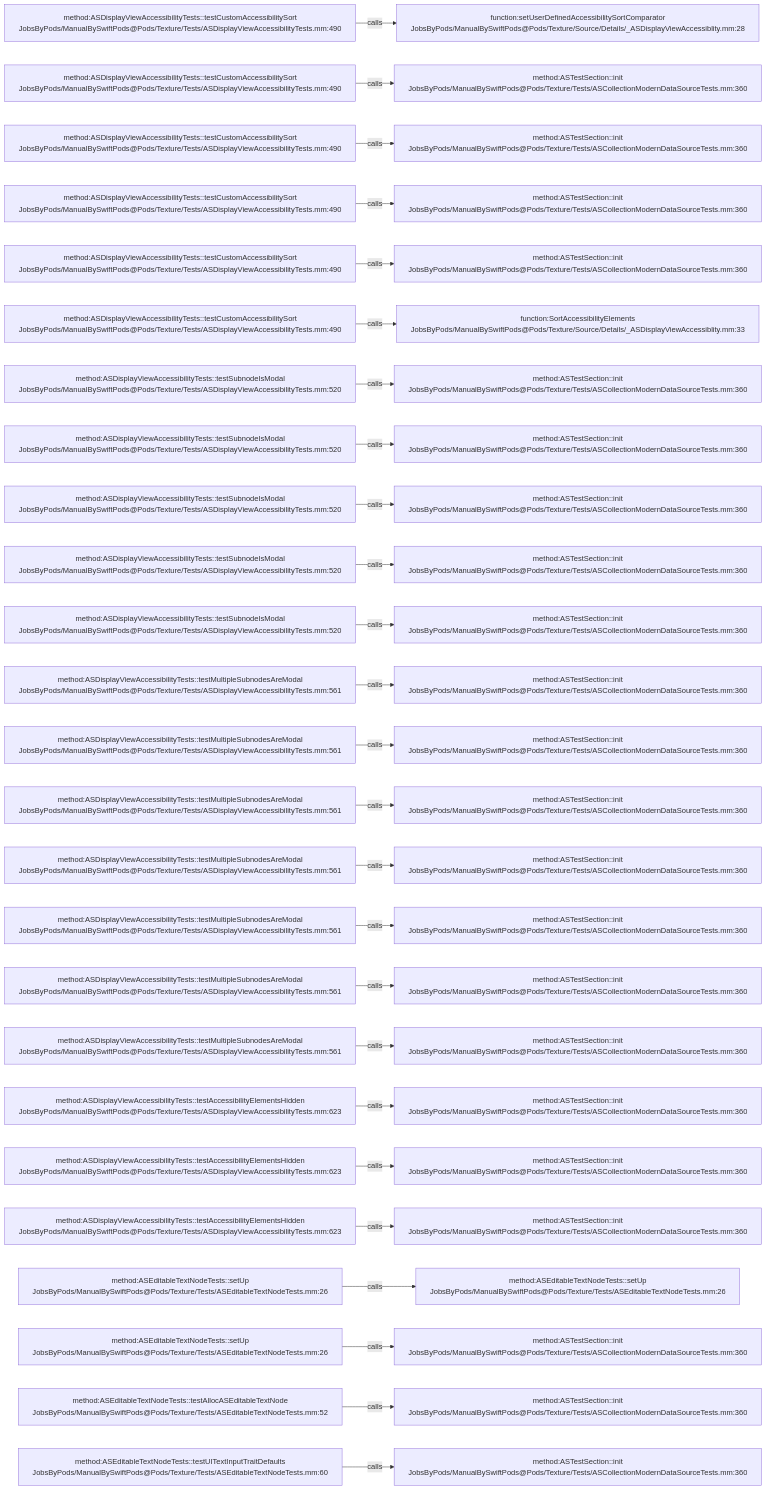
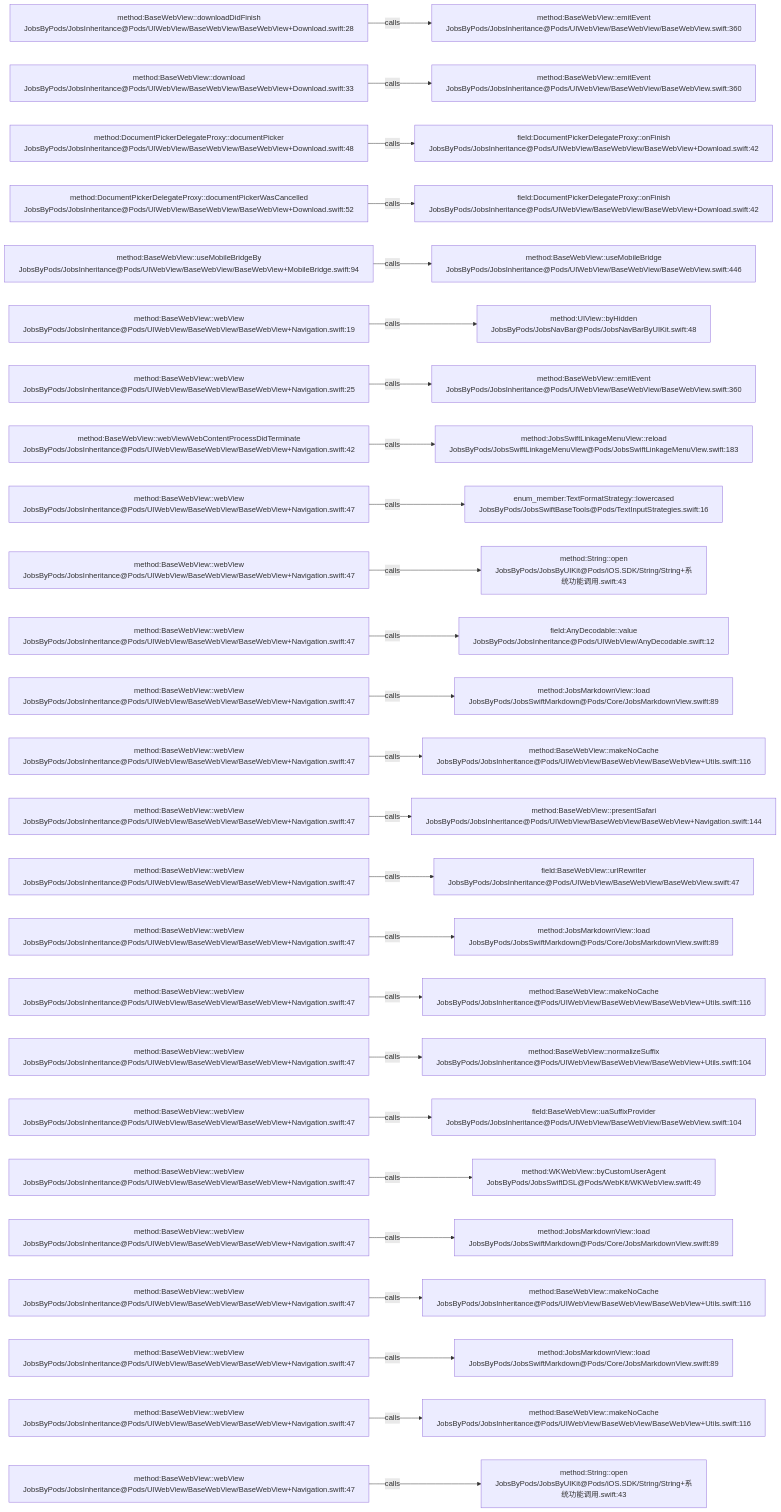
The diagram in .codegraph/codegraph.md/graphs/calls-200.md (JobsKits/JobsSwiftBaseConfigDemo), drawn with Mermaid before and after one commit. The commit also changed 224 other files, not shown here.

````diff
--- a/.codegraph/codegraph.md/graphs/calls-200.md
+++ b/.codegraph/codegraph.md/graphs/calls-200.md
@@ -13,78 +13,78 @@
 ```mermaid
 flowchart LR
-  S1["method:ASDisplayViewAccessibilityTests::testCustomAccessibilitySort<br/>JobsByPods/ManualBySwiftPods@Pods/Texture/Tests/ASDisplayViewAccessibilityTests.mm:490"]
-  T1["function:setUserDefinedAccessibilitySortComparator<br/>JobsByPods/ManualBySwiftPods@Pods/Texture/Source/Details/_ASDisplayViewAccessiblity.mm:28"]
+  S1["method:BaseWebView::downloadDidFinish<br/>JobsByPods/JobsInheritance@Pods/UIWebView/BaseWebView/BaseWebView+Download.swift:28"]
+  T1["method:BaseWebView::emitEvent<br/>JobsByPods/JobsInheritance@Pods/UIWebView/BaseWebView/BaseWebView.swift:360"]
   S1 -->|calls| T1
-  S2["method:ASDisplayViewAccessibilityTests::testCustomAccessibilitySort<br/>JobsByPods/ManualBySwiftPods@Pods/Texture/Tests/ASDisplayViewAccessibilityTests.mm:490"]
-  T2["method:ASTestSection::init<br/>JobsByPods/ManualBySwiftPods@Pods/Texture/Tests/ASCollectionModernDataSourceTests.mm:360"]
+  S2["method:BaseWebView::download<br/>JobsByPods/JobsInheritance@Pods/UIWebView/BaseWebView/BaseWebView+Download.swift:33"]
+  T2["method:BaseWebView::emitEvent<br/>JobsByPods/JobsInheritance@Pods/UIWebView/BaseWebView/BaseWebView.swift:360"]
   S2 -->|calls| T2
-  S3["method:ASDisplayViewAccessibilityTests::testCustomAccessibilitySort<br/>JobsByPods/ManualBySwiftPods@Pods/Texture/Tests/ASDisplayViewAccessibilityTests.mm:490"]
-  T3["method:ASTestSection::init<br/>JobsByPods/ManualBySwiftPods@Pods/Texture/Tests/ASCollectionModernDataSourceTests.mm:360"]
+  S3["method:DocumentPickerDelegateProxy::documentPicker<br/>JobsByPods/JobsInheritance@Pods/UIWebView/BaseWebView/BaseWebView+Download.swift:48"]
+  T3["field:DocumentPickerDelegateProxy::onFinish<br/>JobsByPods/JobsInheritance@Pods/UIWebView/BaseWebView/BaseWebView+Download.swift:42"]
   S3 -->|calls| T3
-  S4["method:ASDisplayViewAccessibilityTests::testCustomAccessibilitySort<br/>JobsByPods/ManualBySwiftPods@Pods/Texture/Tests/ASDisplayViewAccessibilityTests.mm:490"]
-  T4["method:ASTestSection::init<br/>JobsByPods/ManualBySwiftPods@Pods/Texture/Tests/ASCollectionModernDataSourceTests.mm:360"]
+  S4["method:DocumentPickerDelegateProxy::documentPickerWasCancelled<br/>JobsByPods/JobsInheritance@Pods/UIWebView/BaseWebView/BaseWebView+Download.swift:52"]
+  T4["field:DocumentPickerDelegateProxy::onFinish<br/>JobsByPods/JobsInheritance@Pods/UIWebView/BaseWebView/BaseWebView+Download.swift:42"]
   S4 -->|calls| T4
-  S5["method:ASDisplayViewAccessibilityTests::testCustomAccessibilitySort<br/>JobsByPods/ManualBySwiftPods@Pods/Texture/Tests/ASDisplayViewAccessibilityTests.mm:490"]
-  T5["method:ASTestSection::init<br/>JobsByPods/ManualBySwiftPods@Pods/Texture/Tests/ASCollectionModernDataSourceTests.mm:360"]
+  S5["method:BaseWebView::useMobileBridgeBy<br/>JobsByPods/JobsInheritance@Pods/UIWebView/BaseWebView/BaseWebView+MobileBridge.swift:94"]
+  T5["method:BaseWebView::useMobileBridge<br/>JobsByPods/JobsInheritance@Pods/UIWebView/BaseWebView/BaseWebView.swift:446"]
   S5 -->|calls| T5
-  S6["method:ASDisplayViewAccessibilityTests::testCustomAccessibilitySort<br/>JobsByPods/ManualBySwiftPods@Pods/Texture/Tests/ASDisplayViewAccessibilityTests.mm:490"]
-  T6["function:SortAccessibilityElements<br/>JobsByPods/ManualBySwiftPods@Pods/Texture/Source/Details/_ASDisplayViewAccessiblity.mm:33"]
+  S6["method:BaseWebView::webView<br/>JobsByPods/JobsInheritance@Pods/UIWebView/BaseWebView/BaseWebView+Navigation.swift:19"]
+  T6["method:UIView::byHidden<br/>JobsByPods/JobsNavBar@Pods/JobsNavBarByUIKit.swift:48"]
   S6 -->|calls| T6
-  S7["method:ASDisplayViewAccessibilityTests::testSubnodeIsModal<br/>JobsByPods/ManualBySwiftPods@Pods/Texture/Tests/ASDisplayViewAccessibilityTests.mm:520"]
-  T7["method:ASTestSection::init<br/>JobsByPods/ManualBySwiftPods@Pods/Texture/Tests/ASCollectionModernDataSourceTests.mm:360"]
+  S7["method:BaseWebView::webView<br/>JobsByPods/JobsInheritance@Pods/UIWebView/BaseWebView/BaseWebView+Navigation.swift:25"]
+  T7["method:BaseWebView::emitEvent<br/>JobsByPods/JobsInheritance@Pods/UIWebView/BaseWebView/BaseWebView.swift:360"]
   S7 -->|calls| T7
-  S8["method:ASDisplayViewAccessibilityTests::testSubnodeIsModal<br/>JobsByPods/ManualBySwiftPods@Pods/Texture/Tests/ASDisplayViewAccessibilityTests.mm:520"]
-  T8["method:ASTestSection::init<br/>JobsByPods/ManualBySwiftPods@Pods/Texture/Tests/ASCollectionModernDataSourceTests.mm:360"]
+  S8["method:BaseWebView::webViewWebContentProcessDidTerminate<br/>JobsByPods/JobsInheritance@Pods/UIWebView/BaseWebView/BaseWebView+Navigation.swift:42"]
+  T8["method:JobsSwiftLinkageMenuView::reload<br/>JobsByPods/JobsSwiftLinkageMenuView@Pods/JobsSwiftLinkageMenuView.swift:183"]
   S8 -->|calls| T8
-  S9["method:ASDisplayViewAccessibilityTests::testSubnodeIsModal<br/>JobsByPods/ManualBySwiftPods@Pods/Texture/Tests/ASDisplayViewAccessibilityTests.mm:520"]
-  T9["method:ASTestSection::init<br/>JobsByPods/ManualBySwiftPods@Pods/Texture/Tests/ASCollectionModernDataSourceTests.mm:360"]
+  S9["method:BaseWebView::webView<br/>JobsByPods/JobsInheritance@Pods/UIWebView/BaseWebView/BaseWebView+Navigation.swift:47"]
+  T9["enum_member:TextFormatStrategy::lowercased<br/>JobsByPods/JobsSwiftBaseTools@Pods/TextInputStrategies.swift:16"]
   S9 -->|calls| T9
-  S10["method:ASDisplayViewAccessibilityTests::testSubnodeIsModal<br/>JobsByPods/ManualBySwiftPods@Pods/Texture/Tests/ASDisplayViewAccessibilityTests.mm:520"]
-  T10["method:ASTestSection::init<br/>JobsByPods/ManualBySwiftPods@Pods/Texture/Tests/ASCollectionModernDataSourceTests.mm:360"]
+  S10["method:BaseWebView::webView<br/>JobsByPods/JobsInheritance@Pods/UIWebView/BaseWebView/BaseWebView+Navigation.swift:47"]
+  T10["method:String::open<br/>JobsByPods/JobsByUIKit@Pods/iOS.SDK/String/String+系统功能调用.swift:43"]
   S10 -->|calls| T10
-  S11["method:ASDisplayViewAccessibilityTests::testSubnodeIsModal<br/>JobsByPods/ManualBySwiftPods@Pods/Texture/Tests/ASDisplayViewAccessibilityTests.mm:520"]
-  T11["method:ASTestSection::init<br/>JobsByPods/ManualBySwiftPods@Pods/Texture/Tests/ASCollectionModernDataSourceTests.mm:360"]
+  S11["method:BaseWebView::webView<br/>JobsByPods/JobsInheritance@Pods/UIWebView/BaseWebView/BaseWebView+Navigation.swift:47"]
+  T11["field:AnyDecodable::value<br/>JobsByPods/JobsInheritance@Pods/UIWebView/AnyDecodable.swift:12"]
   S11 -->|calls| T11
-  S12["method:ASDisplayViewAccessibilityTests::testMultipleSubnodesAreModal<br/>JobsByPods/ManualBySwiftPods@Pods/Texture/Tests/ASDisplayViewAccessibilityTests.mm:561"]
-  T12["method:ASTestSection::init<br/>JobsByPods/ManualBySwiftPods@Pods/Texture/Tests/ASCollectionModernDataSourceTests.mm:360"]
+  S12["method:BaseWebView::webView<br/>JobsByPods/JobsInheritance@Pods/UIWebView/BaseWebView/BaseWebView+Navigation.swift:47"]
+  T12["method:JobsMarkdownView::load<br/>JobsByPods/JobsSwiftMarkdown@Pods/Core/JobsMarkdownView.swift:89"]
   S12 -->|calls| T12
-  S13["method:ASDisplayViewAccessibilityTests::testMultipleSubnodesAreModal<br/>JobsByPods/ManualBySwiftPods@Pods/Texture/Tests/ASDisplayViewAccessibilityTests.mm:561"]
-  T13["method:ASTestSection::init<br/>JobsByPods/ManualBySwiftPods@Pods/Texture/Tests/ASCollectionModernDataSourceTests.mm:360"]
+  S13["method:BaseWebView::webView<br/>JobsByPods/JobsInheritance@Pods/UIWebView/BaseWebView/BaseWebView+Navigation.swift:47"]
+  T13["method:BaseWebView::makeNoCache<br/>JobsByPods/JobsInheritance@Pods/UIWebView/BaseWebView/BaseWebView+Utils.swift:116"]
   S13 -->|calls| T13
-  S14["method:ASDisplayViewAccessibilityTests::testMultipleSubnodesAreModal<br/>JobsByPods/ManualBySwiftPods@Pods/Texture/Tests/ASDisplayViewAccessibilityTests.mm:561"]
-  T14["method:ASTestSection::init<br/>JobsByPods/ManualBySwiftPods@Pods/Texture/Tests/ASCollectionModernDataSourceTests.mm:360"]
+  S14["method:BaseWebView::webView<br/>JobsByPods/JobsInheritance@Pods/UIWebView/BaseWebView/BaseWebView+Navigation.swift:47"]
+  T14["method:BaseWebView::presentSafari<br/>JobsByPods/JobsInheritance@Pods/UIWebView/BaseWebView/BaseWebView+Navigation.swift:144"]
   S14 -->|calls| T14
-  S15["method:ASDisplayViewAccessibilityTests::testMultipleSubnodesAreModal<br/>JobsByPods/ManualBySwiftPods@Pods/Texture/Tests/ASDisplayViewAccessibilityTests.mm:561"]
-  T15["method:ASTestSection::init<br/>JobsByPods/ManualBySwiftPods@Pods/Texture/Tests/ASCollectionModernDataSourceTests.mm:360"]
+  S15["method:BaseWebView::webView<br/>JobsByPods/JobsInheritance@Pods/UIWebView/BaseWebView/BaseWebView+Navigation.swift:47"]
+  T15["field:BaseWebView::urlRewriter<br/>JobsByPods/JobsInheritance@Pods/UIWebView/BaseWebView/BaseWebView.swift:47"]
   S15 -->|calls| T15
-  S16["method:ASDisplayViewAccessibilityTests::testMultipleSubnodesAreModal<br/>JobsByPods/ManualBySwiftPods@Pods/Texture/Tests/ASDisplayViewAccessibilityTests.mm:561"]
-  T16["method:ASTestSection::init<br/>JobsByPods/ManualBySwiftPods@Pods/Texture/Tests/ASCollectionModernDataSourceTests.mm:360"]
+  S16["method:BaseWebView::webView<br/>JobsByPods/JobsInheritance@Pods/UIWebView/BaseWebView/BaseWebView+Navigation.swift:47"]
+  T16["method:JobsMarkdownView::load<br/>JobsByPods/JobsSwiftMarkdown@Pods/Core/JobsMarkdownView.swift:89"]
   S16 -->|calls| T16
-  S17["method:ASDisplayViewAccessibilityTests::testMultipleSubnodesAreModal<br/>JobsByPods/ManualBySwiftPods@Pods/Texture/Tests/ASDisplayViewAccessibilityTests.mm:561"]
-  T17["method:ASTestSection::init<br/>JobsByPods/ManualBySwiftPods@Pods/Texture/Tests/ASCollectionModernDataSourceTests.mm:360"]
+  S17["method:BaseWebView::webView<br/>JobsByPods/JobsInheritance@Pods/UIWebView/BaseWebView/BaseWebView+Navigation.swift:47"]
+  T17["method:BaseWebView::makeNoCache<br/>JobsByPods/JobsInheritance@Pods/UIWebView/BaseWebView/BaseWebView+Utils.swift:116"]
   S17 -->|calls| T17
-  S18["method:ASDisplayViewAccessibilityTests::testMultipleSubnodesAreModal<br/>JobsByPods/ManualBySwiftPods@Pods/Texture/Tests/ASDisplayViewAccessibilityTests.mm:561"]
-  T18["method:ASTestSection::init<br/>JobsByPods/ManualBySwiftPods@Pods/Texture/Tests/ASCollectionModernDataSourceTests.mm:360"]
+  S18["method:BaseWebView::webView<br/>JobsByPods/JobsInheritance@Pods/UIWebView/BaseWebView/BaseWebView+Navigation.swift:47"]
+  T18["method:BaseWebView::normalizeSuffix<br/>JobsByPods/JobsInheritance@Pods/UIWebView/BaseWebView/BaseWebView+Utils.swift:104"]
   S18 -->|calls| T18
-  S19["method:ASDisplayViewAccessibilityTests::testAccessibilityElementsHidden<br/>JobsByPods/ManualBySwiftPods@Pods/Texture/Tests/ASDisplayViewAccessibilityTests.mm:623"]
-  T19["method:ASTestSection::init<br/>JobsByPods/ManualBySwiftPods@Pods/Texture/Tests/ASCollectionModernDataSourceTests.mm:360"]
+  S19["method:BaseWebView::webView<br/>JobsByPods/JobsInheritance@Pods/UIWebView/BaseWebView/BaseWebView+Navigation.swift:47"]
+  T19["field:BaseWebView::uaSuffixProvider<br/>JobsByPods/JobsInheritance@Pods/UIWebView/BaseWebView/BaseWebView.swift:104"]
   S19 -->|calls| T19
-  S20["method:ASDisplayViewAccessibilityTests::testAccessibilityElementsHidden<br/>JobsByPods/ManualBySwiftPods@Pods/Texture/Tests/ASDisplayViewAccessibilityTests.mm:623"]
-  T20["method:ASTestSection::init<br/>JobsByPods/ManualBySwiftPods@Pods/Texture/Tests/ASCollectionModernDataSourceTests.mm:360"]
+  S20["method:BaseWebView::webView<br/>JobsByPods/JobsInheritance@Pods/UIWebView/BaseWebView/BaseWebView+Navigation.swift:47"]
+  T20["method:WKWebView::byCustomUserAgent<br/>JobsByPods/JobsSwiftDSL@Pods/WebKit/WKWebView.swift:49"]
   S20 -->|calls| T20
-  S21["method:ASDisplayViewAccessibilityTests::testAccessibilityElementsHidden<br/>JobsByPods/ManualBySwiftPods@Pods/Texture/Tests/ASDisplayViewAccessibilityTests.mm:623"]
-  T21["method:ASTestSection::init<br/>JobsByPods/ManualBySwiftPods@Pods/Texture/Tests/ASCollectionModernDataSourceTests.mm:360"]
+  S21["method:BaseWebView::webView<br/>JobsByPods/JobsInheritance@Pods/UIWebView/BaseWebView/BaseWebView+Navigation.swift:47"]
+  T21["method:JobsMarkdownView::load<br/>JobsByPods/JobsSwiftMarkdown@Pods/Core/JobsMarkdownView.swift:89"]
   S21 -->|calls| T21
-  S22["method:ASEditableTextNodeTests::setUp<br/>JobsByPods/ManualBySwiftPods@Pods/Texture/Tests/ASEditableTextNodeTests.mm:26"]
-  T22["method:ASEditableTextNodeTests::setUp<br/>JobsByPods/ManualBySwiftPods@Pods/Texture/Tests/ASEditableTextNodeTests.mm:26"]
+  S22["method:BaseWebView::webView<br/>JobsByPods/JobsInheritance@Pods/UIWebView/BaseWebView/BaseWebView+Navigation.swift:47"]
+  T22["method:BaseWebView::makeNoCache<br/>JobsByPods/JobsInheritance@Pods/UIWebView/BaseWebView/BaseWebView+Utils.swift:116"]
   S22 -->|calls| T22
-  S23["method:ASEditableTextNodeTests::setUp<br/>JobsByPods/ManualBySwiftPods@Pods/Texture/Tests/ASEditableTextNodeTests.mm:26"]
-  T23["method:ASTestSection::init<br/>JobsByPods/ManualBySwiftPods@Pods/Texture/Tests/ASCollectionModernDataSourceTests.mm:360"]
+  S23["method:BaseWebView::webView<br/>JobsByPods/JobsInheritance@Pods/UIWebView/BaseWebView/BaseWebView+Navigation.swift:47"]
+  T23["method:JobsMarkdownView::load<br/>JobsByPods/JobsSwiftMarkdown@Pods/Core/JobsMarkdownView.swift:89"]
   S23 -->|calls| T23
-  S24["method:ASEditableTextNodeTests::testAllocASEditableTextNode<br/>JobsByPods/ManualBySwiftPods@Pods/Texture/Tests/ASEditableTextNodeTests.mm:52"]
-  T24["method:ASTestSection::init<br/>JobsByPods/ManualBySwiftPods@Pods/Texture/Tests/ASCollectionModernDataSourceTests.mm:360"]
+  S24["method:BaseWebView::webView<br/>JobsByPods/JobsInheritance@Pods/UIWebView/BaseWebView/BaseWebView+Navigation.swift:47"]
+  T24["method:BaseWebView::makeNoCache<br/>JobsByPods/JobsInheritance@Pods/UIWebView/BaseWebView/BaseWebView+Utils.swift:116"]
   S24 -->|calls| T24
-  S25["method:ASEditableTextNodeTests::testUITextInputTraitDefaults<br/>JobsByPods/ManualBySwiftPods@Pods/Texture/Tests/ASEditableTextNodeTests.mm:60"]
-  T25["method:ASTestSection::init<br/>JobsByPods/ManualBySwiftPods@Pods/Texture/Tests/ASCollectionModernDataSourceTests.mm:360"]
+  S25["method:BaseWebView::webView<br/>JobsByPods/JobsInheritance@Pods/UIWebView/BaseWebView/BaseWebView+Navigation.swift:47"]
+  T25["method:String::open<br/>JobsByPods/JobsByUIKit@Pods/iOS.SDK/String/String+系统功能调用.swift:43"]
   S25 -->|calls| T25
 ```
````
